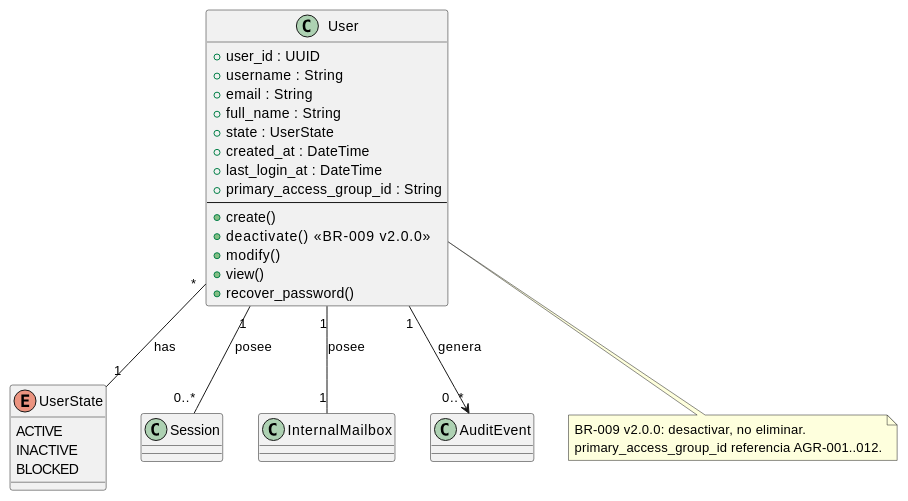
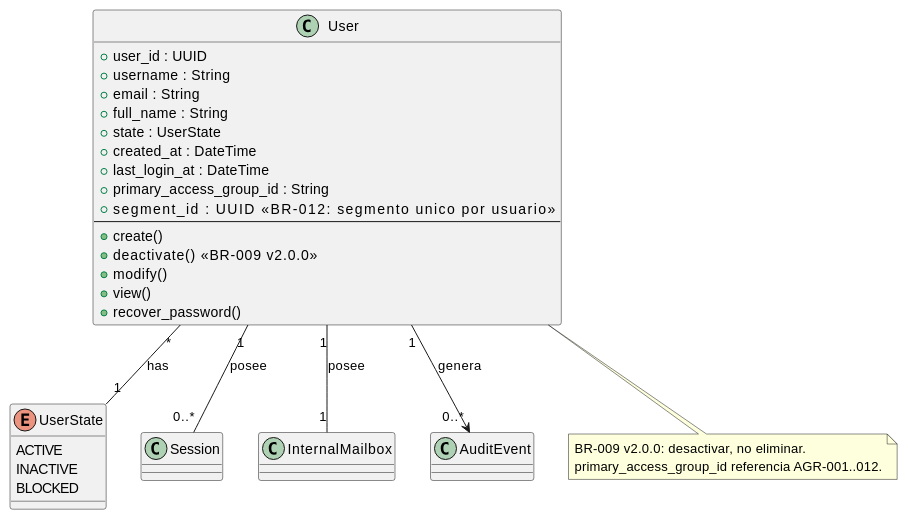
Before and after one commit to jcg-admin/IACT-docs: the diagram in source/arquitectura-tecnica/domain-model/user.rst, drawn with PlantUML. The commit also changed 6 other files, not shown here.

```diff
--- a/source/arquitectura-tecnica/domain-model/user.rst
+++ b/source/arquitectura-tecnica/domain-model/user.rst
@@ -25,39 +25,40 @@
 .. uml::
  :caption: Clase User — entidad de identidad del sistema IACT.
 
  @startuml
 
  class User {
    + user_id : UUID
    + username : String
    + email : String
    + full_name : String
    + state : UserState
    + created_at : DateTime
    + last_login_at : DateTime
    + primary_access_group_id : String
+   + segment_id : UUID                  <<BR-012: segmento unico por usuario>>
    --
    + create()
    + deactivate()       <<BR-009 v2.0.0>>
    + modify()
    + view()
    + recover_password()
  }
 
  enum UserState {
    ACTIVE
    INACTIVE
    BLOCKED
  }
 
  User "*" -- "1" UserState : has
  User "1" -- "0..*" Session         : posee
  User "1" -- "1"    InternalMailbox : posee
  User "1" --> "0..*" AuditEvent     : genera
 
  note bottom of User
    BR-009 v2.0.0: desactivar, no eliminar.
    primary_access_group_id referencia AGR-001..012.
  end note
 
  @enduml
```
